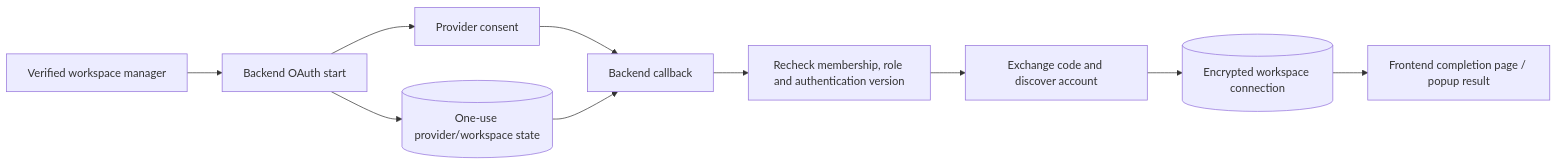
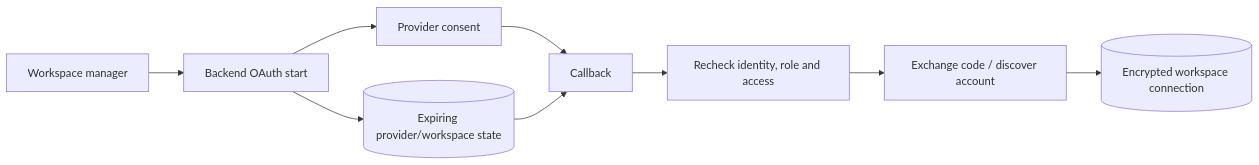
Before and after one commit to Zeebotx/LeadFlow-Pro-Portfolio: the diagram in docs/integrations.md, drawn with Mermaid. The commit also changed other lines of this file and 30 other files, not shown here.

````diff
--- a/docs/integrations.md
+++ b/docs/integrations.md
@@ -22,12 +20,11 @@
 ```mermaid
 flowchart LR
-    Manager["Verified workspace manager"] --> Start["Backend OAuth start"]
-    Start --> State[("One-use provider/workspace state")]
+    Manager["Workspace manager"] --> Start["Backend OAuth start"]
+    Start --> State[("Expiring provider/workspace state")]
     Start --> Consent["Provider consent"]
-    Consent --> Callback["Backend callback"]
+    Consent --> Callback["Callback"]
     State --> Callback
-    Callback --> Recheck["Recheck membership, role and authentication version"]
-    Recheck --> Exchange["Exchange code and discover account"]
+    Callback --> Recheck["Recheck identity, role and access"]
+    Recheck --> Exchange["Exchange code / discover account"]
     Exchange --> Store[("Encrypted workspace connection")]
-    Store --> UI["Frontend completion page / popup result"]
 ```
````
